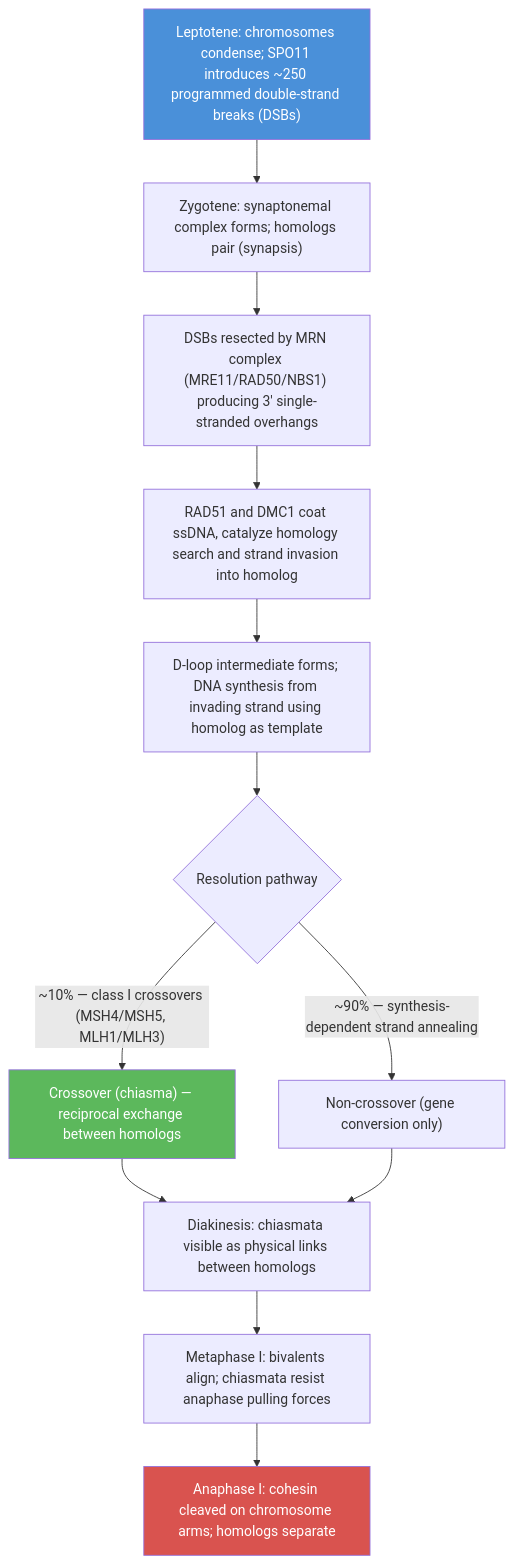
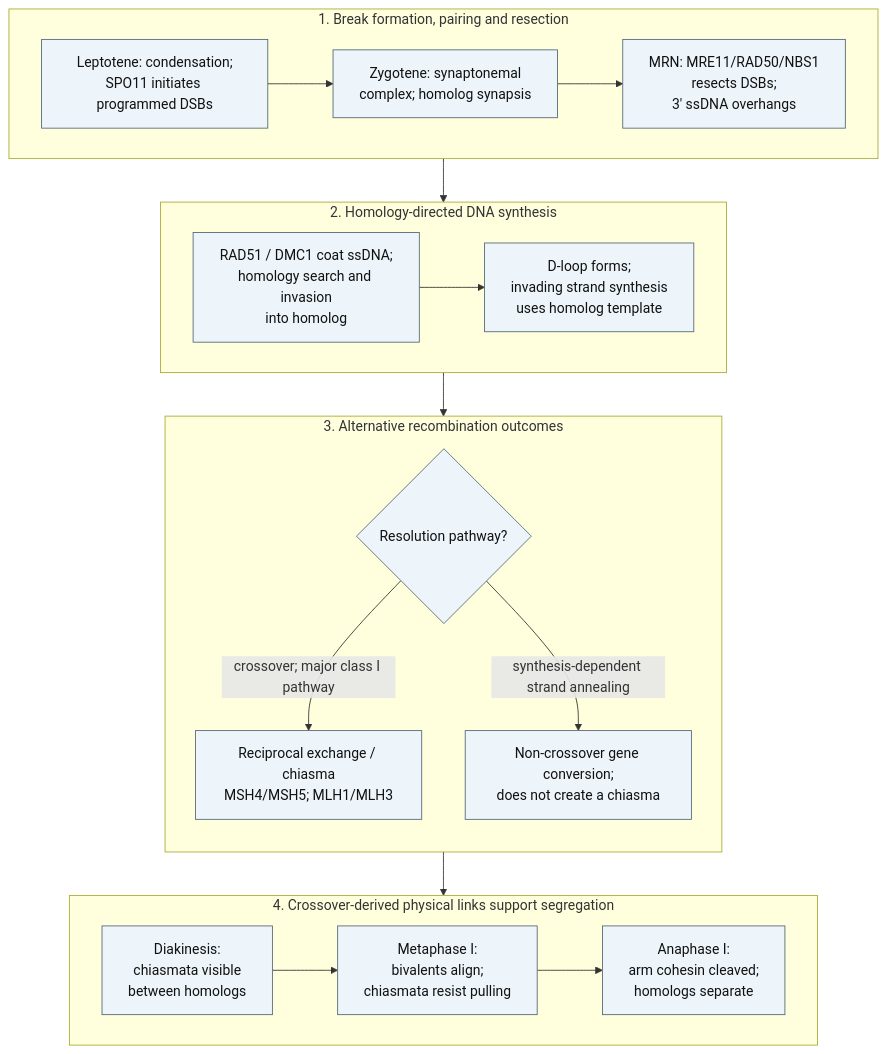
Before and after one commit to docxology/biology_textbook: the second of 7 diagrams in docs/manuscript/unit_V/chromosomal_inheritance.md, drawn with Mermaid. The commit also changed other lines of this file and 41 other files, not shown here.

````diff
--- a/docs/manuscript/unit_V/chromosomal_inheritance.md
+++ b/docs/manuscript/unit_V/chromosomal_inheritance.md
@@ -164,18 +166,28 @@
 ```mermaid
-flowchart TD
-    A["Leptotene: chromosomes condense; SPO11 introduces ~250 programmed double-strand breaks (DSBs)"] --> B["Zygotene: synaptonemal complex forms; homologs pair (synapsis)"]
-    B --> C["DSBs resected by MRN complex (MRE11/RAD50/NBS1) producing 3' single-stranded overhangs"]
-    C --> D["RAD51 and DMC1 coat ssDNA, catalyze homology search and strand invasion into homolog"]
-    D --> E["D-loop intermediate forms; DNA synthesis from invading strand using homolog as template"]
-    E --> F{Resolution pathway}
-    F -->|"~10% — class I crossovers (MSH4/MSH5, MLH1/MLH3)"| G["Crossover (chiasma) — reciprocal exchange between homologs"]
-    F -->|"~90% — synthesis-dependent strand annealing"| H["Non-crossover (gene conversion only)"]
-    G --> I["Diakinesis: chiasmata visible as physical links between homologs"]
-    H --> I
-    I --> J["Metaphase I: bivalents align; chiasmata resist anaphase pulling forces"]
-    J --> K["Anaphase I: cohesin cleaved on chromosome arms; homologs separate"]
-
-    style A fill:#4a90d9,color:#fff
-    style G fill:#5cb85c,color:#fff
-    style K fill:#d9534f,color:#fff
+---
+config:
+  layout: dagre
+---
+flowchart TB
+    subgraph initiation["1. Break formation, pairing and resection"]
+        direction LR
+        A["Leptotene: condensation;<br/>SPO11 initiates programmed DSBs"] --> B["Zygotene: synaptonemal<br/>complex; homolog synapsis"] --> C["MRN: MRE11/RAD50/NBS1<br/>resects DSBs;<br/>3′ ssDNA overhangs"]
+    end
+    subgraph invasion["2. Homology-directed DNA synthesis"]
+        direction LR
+        D["RAD51 / DMC1 coat ssDNA;<br/>homology search and invasion<br/>into homolog"] --> E["D-loop forms;<br/>invading strand synthesis<br/>uses homolog template"]
+    end
+    subgraph resolution["3. Alternative recombination outcomes"]
+        direction TB
+        F{"Resolution pathway?"} -->|crossover; major class I pathway| G["Reciprocal exchange / chiasma<br/>MSH4/MSH5; MLH1/MLH3"]
+        F -->|synthesis-dependent strand annealing| H["Non-crossover gene conversion;<br/>does not create a chiasma"]
+    end
+    subgraph segregation["4. Crossover-derived physical links support segregation"]
+        direction LR
+        I["Diakinesis:<br/>chiasmata visible<br/>between homologs"] --> J["Metaphase I:<br/>bivalents align;<br/>chiasmata resist pulling"] --> K["Anaphase I:<br/>arm cohesin cleaved;<br/>homologs separate"]
+    end
+    initiation --> invasion --> resolution
+    G --> segregation
+    classDef ink fill:#eef5fa,stroke:#526777,color:#111111
+    class A,B,C,D,E,F,G,H,I,J,K ink
 ```
````
